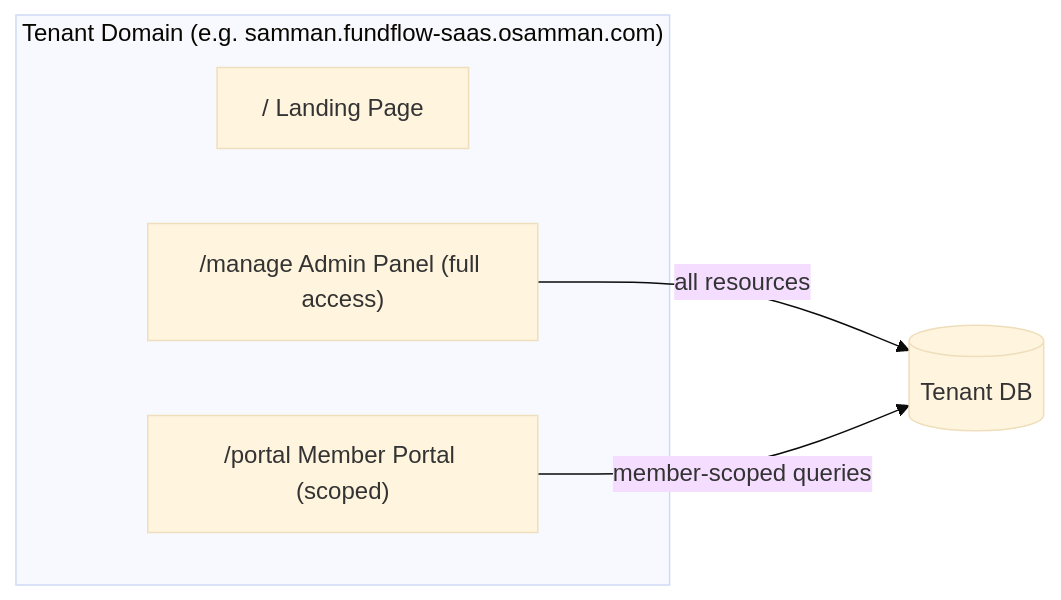
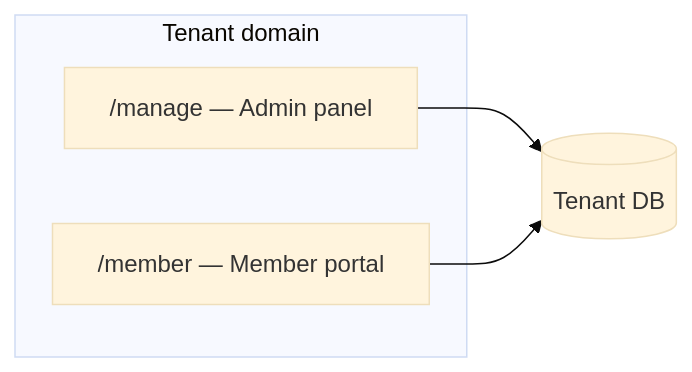
Before and after one commit to omers63/fundflow-saas: the diagram in docs/member-portal.md, drawn with Mermaid (base theme). The commit also changed other lines of this file and 94 other files, not shown here.

````diff
--- a/docs/member-portal.md
+++ b/docs/member-portal.md
@@ -9,10 +9,9 @@
 ```mermaid
 flowchart LR
-    subgraph tenantDomain ["Tenant Domain (e.g. samman.fundflow-saas.osamman.com)"]
-        landing["/ Landing Page"]
-        admin["/manage Admin Panel (full access)"]
-        portal["/portal Member Portal (scoped)"]
+    subgraph tenantDomain ["Tenant domain"]
+        admin["/manage — Admin panel"]
+        member["/member — Member portal"]
     end
-    admin -->|"all resources"| DB[(Tenant DB)]
-    portal -->|"member-scoped queries"| DB
+    admin --> DB[(Tenant DB)]
+    member --> DB
 ```
````
